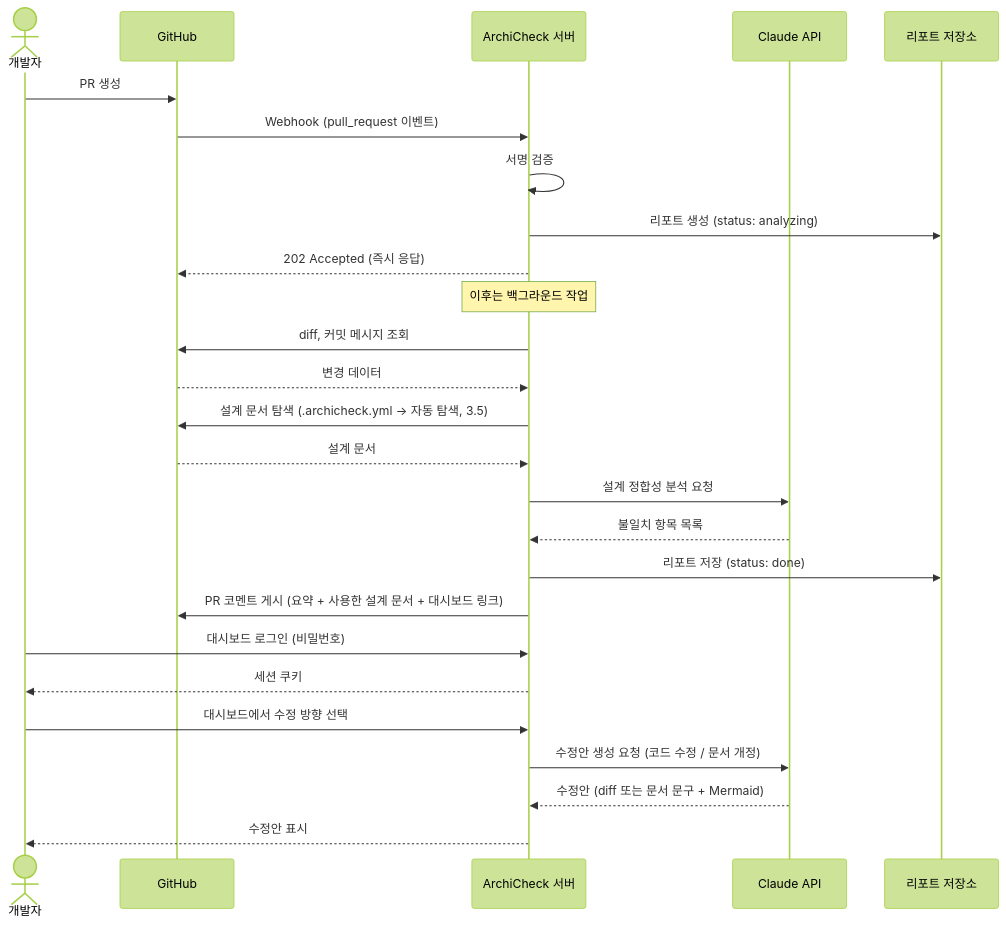
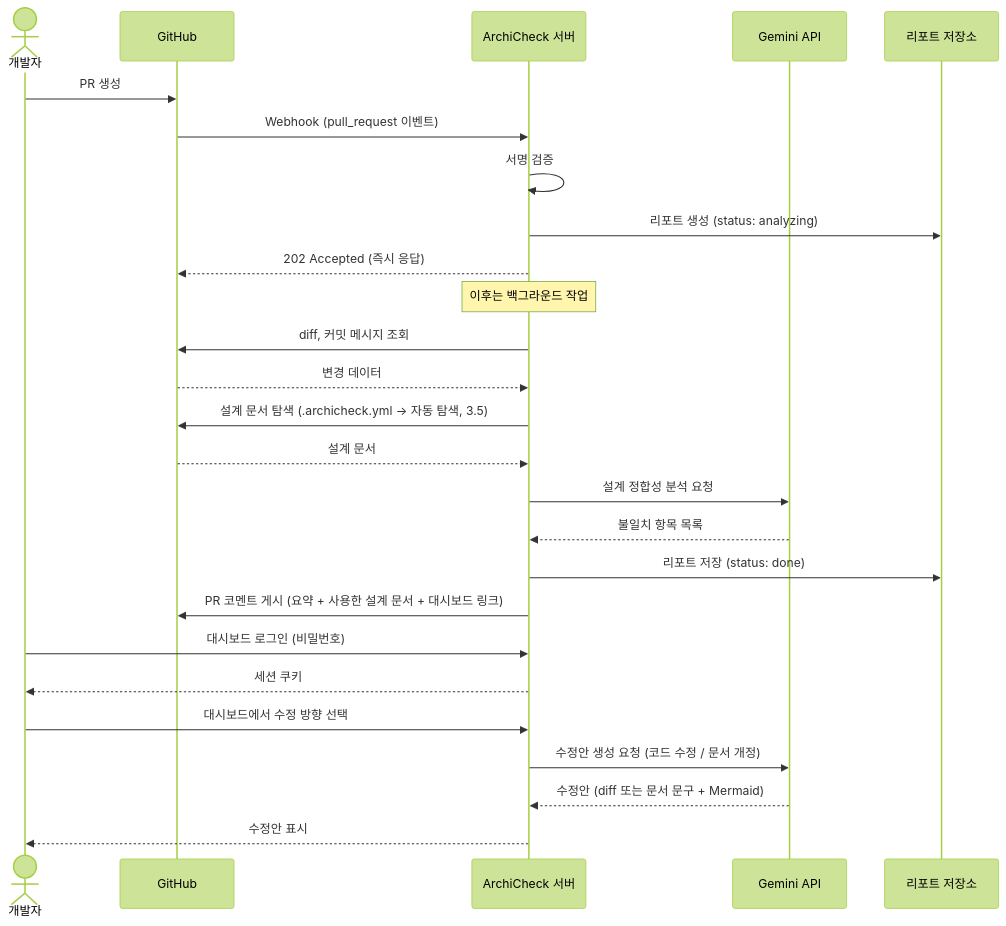
One commit to Jindahye/archicheck changed the third of 4 diagrams in docs/DESIGN.md. Above: the diagram before and after it, drawn with Mermaid (forest theme). The commit also changed other lines of this file and 9 other files, not shown here.

Commit message:
feat: AI 호출을 Claude API에서 Gemini API로 변경

````diff
--- a/docs/DESIGN.md
+++ b/docs/DESIGN.md
@@ -188,29 +190,29 @@
 ```mermaid
 sequenceDiagram
     actor Dev as 개발자
     participant GH as GitHub
     participant S as ArchiCheck 서버
-    participant C as Claude API
+    participant C as Gemini API
     participant DB as 리포트 저장소
 
     Dev->>GH: PR 생성
     GH->>S: Webhook (pull_request 이벤트)
     S->>S: 서명 검증
     S->>DB: 리포트 생성 (status: analyzing)
     S-->>GH: 202 Accepted (즉시 응답)
     Note over S: 이후는 백그라운드 작업
     S->>GH: diff, 커밋 메시지 조회
     GH-->>S: 변경 데이터
     S->>GH: 설계 문서 탐색 (.archicheck.yml → 자동 탐색, 3.5)
     GH-->>S: 설계 문서
     S->>C: 설계 정합성 분석 요청
     C-->>S: 불일치 항목 목록
     S->>DB: 리포트 저장 (status: done)
     S->>GH: PR 코멘트 게시 (요약 + 사용한 설계 문서 + 대시보드 링크)
     Dev->>S: 대시보드 로그인 (비밀번호)
     S-->>Dev: 세션 쿠키
     Dev->>S: 대시보드에서 수정 방향 선택
     S->>C: 수정안 생성 요청 (코드 수정 / 문서 개정)
     C-->>S: 수정안 (diff 또는 문서 문구 + Mermaid)
     S-->>Dev: 수정안 표시
 ```
````
